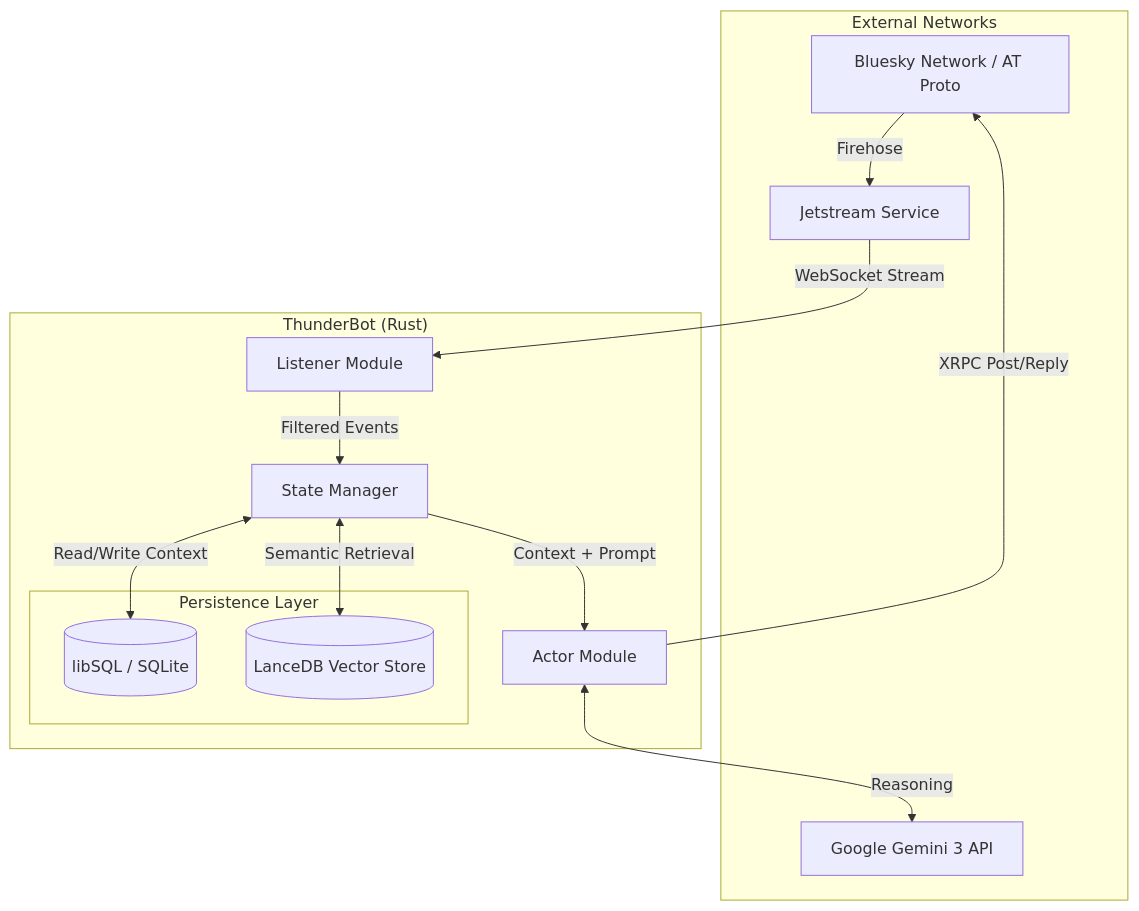
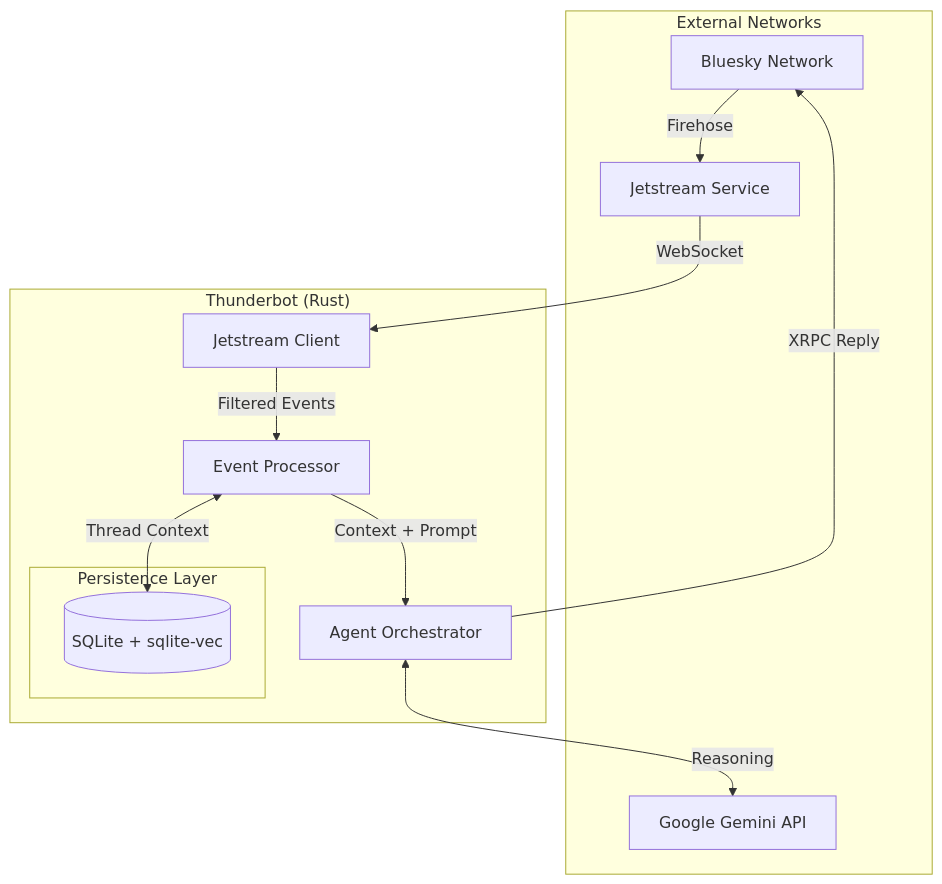
The diagram in README.md (desertthunder/thunderbot), drawn with Mermaid before and after one commit. The commit also changed other lines of this file, not shown here.

````diff
--- a/README.md
+++ b/README.md
@@ -13,30 +12,28 @@
 ```mermaid
 graph TD
     subgraph External["External Networks"]
-        BSKY[Bluesky Network / AT Proto]
+        BSKY[Bluesky Network]
         JS[Jetstream Service]
-        GEM[Google Gemini 3 API]
+        GEM[Google Gemini API]
     end
 
-    subgraph ThunderBot["ThunderBot (Rust)"]
-        Listener[Listener Module]
-        State[State Manager]
-        Actor[Actor Module]
+    subgraph Thunderbot["Thunderbot (Rust)"]
+        Listener[Jetstream Client]
+        Processor[Event Processor]
+        Agent[Agent Orchestrator]
 
         subgraph Memory["Persistence Layer"]
-            SQL[(libSQL / SQLite)]
-            Vector[(LanceDB Vector Store)]
+            SQL[(SQLite + sqlite-vec)]
         end
     end
 
     BSKY -->|Firehose| JS
-    JS -->|WebSocket Stream| Listener
-    Listener -->|Filtered Events| State
+    JS -->|WebSocket| Listener
+    Listener -->|Filtered Events| Processor
 
-    State <-->|Read/Write Context| SQL
-    State <-->|Semantic Retrieval| Vector
-    State -->|Context + Prompt| Actor
+    Processor <-->|Thread Context| SQL
+    Processor -->|Context + Prompt| Agent
 
-    Actor <-->|Reasoning| GEM
-    Actor -->|XRPC Post/Reply| BSKY
+    Agent <-->|Reasoning| GEM
+    Agent -->|XRPC Reply| BSKY
 ```
````
